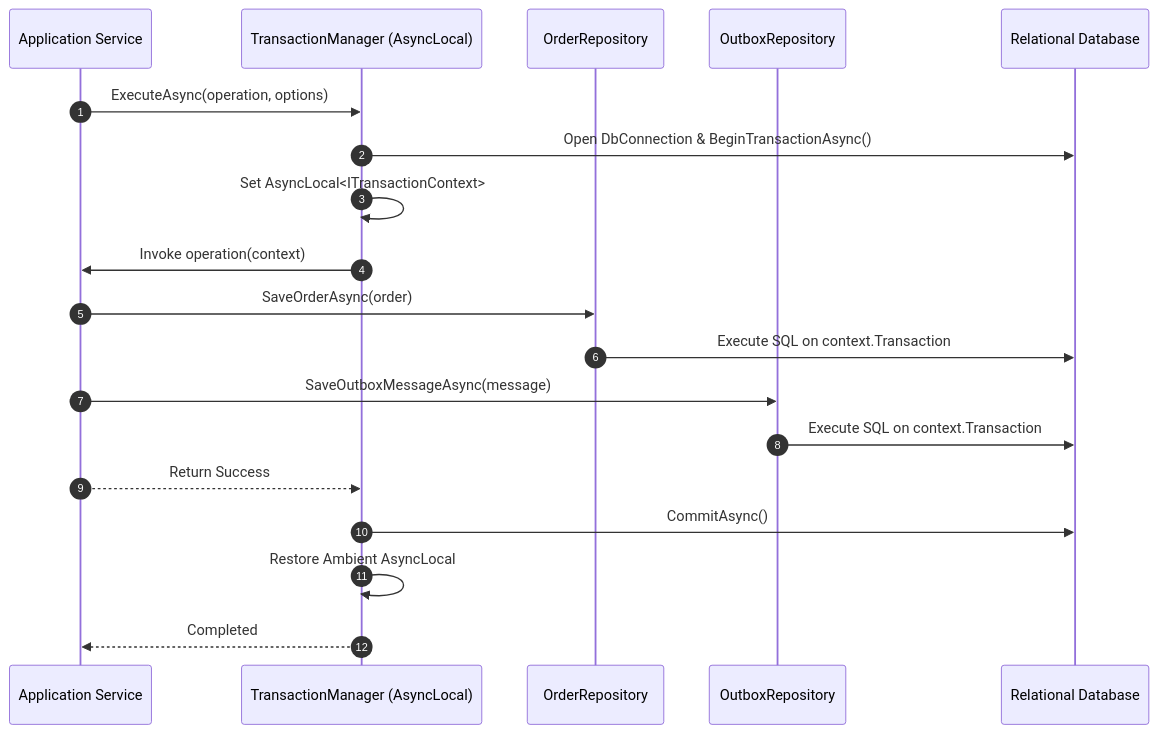
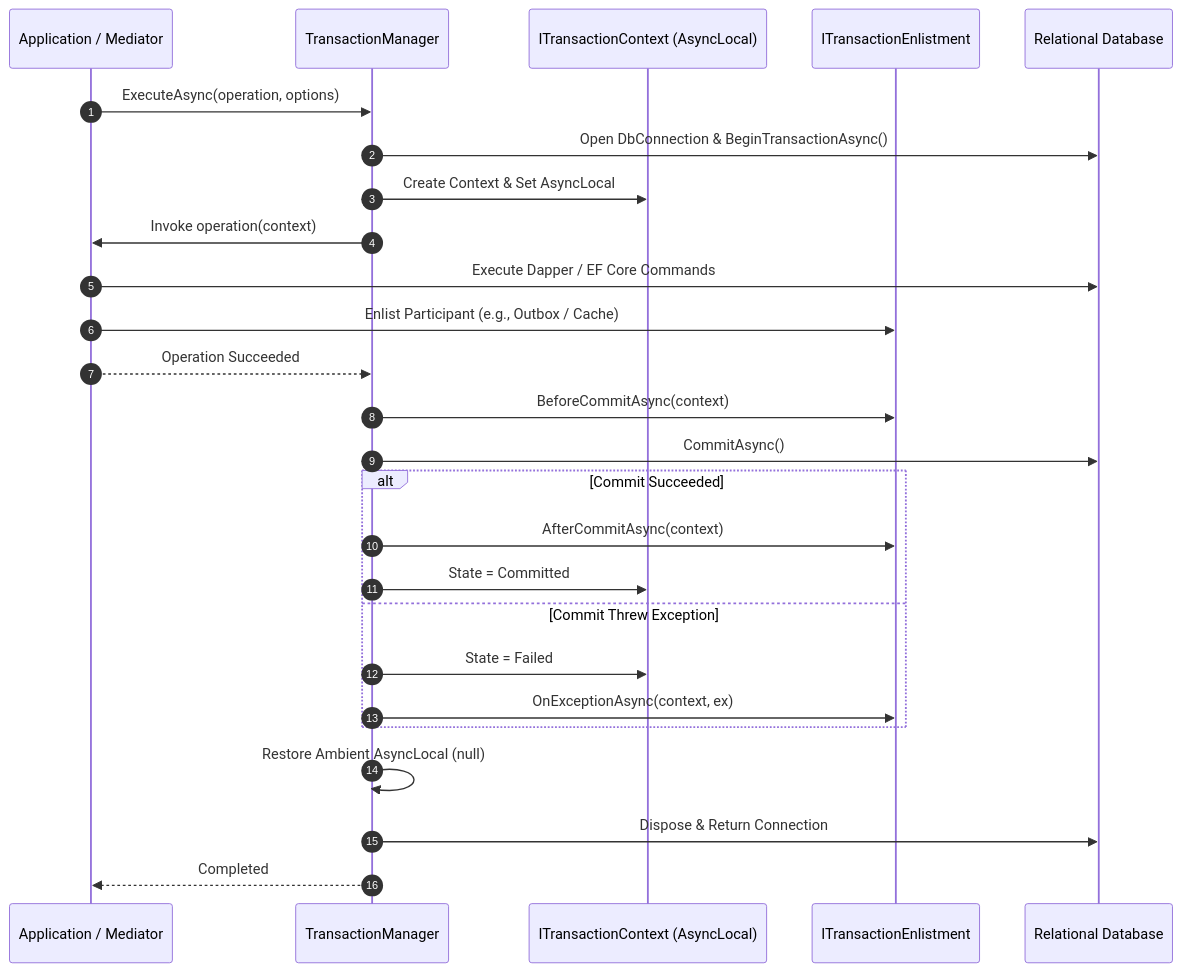
The fourth of 7 diagrams in docs/architecture.md (ericksonlopezf/dotnet-transaction), drawn with Mermaid before and after one commit. The commit also changed other lines of this file and 181 other files, not shown here.

````diff
--- a/docs/architecture.md
+++ b/docs/architecture.md
@@ -122,25 +181,33 @@
 ```mermaid
 sequenceDiagram
     autonumber
-    participant App as Application Service
-    participant TM as TransactionManager (AsyncLocal)
-    participant Repo1 as OrderRepository
-    participant Repo2 as OutboxRepository
+    participant App as Application / Mediator
+    participant TM as TransactionManager
+    participant Ctx as ITransactionContext (AsyncLocal)
+    participant Enlist as ITransactionEnlistment
     participant DB as Relational Database
 
     App->>TM: ExecuteAsync(operation, options)
     TM->>DB: Open DbConnection & BeginTransactionAsync()
-    TM->>TM: Set AsyncLocal<ITransactionContext>
+    TM->>Ctx: Create Context & Set AsyncLocal
     TM->>App: Invoke operation(context)
     
-    App->>Repo1: SaveOrderAsync(order)
-    Repo1->>DB: Execute SQL on context.Transaction
+    App->>DB: Execute Dapper / EF Core Commands
+    App->>Enlist: Enlist Participant (e.g., Outbox / Cache)
     
-    App->>Repo2: SaveOutboxMessageAsync(message)
-    Repo2->>DB: Execute SQL on context.Transaction
+    App-->>TM: Operation Succeeded
+    TM->>Enlist: BeforeCommitAsync(context)
+    TM->>DB: CommitAsync()
     
-    App-->>TM: Return Success
-    TM->>DB: CommitAsync()
-    TM->>TM: Restore Ambient AsyncLocal
+    alt Commit Succeeded
+        TM->>Enlist: AfterCommitAsync(context)
+        TM->>Ctx: State = Committed
+    else Commit Threw Exception
+        TM->>Ctx: State = Failed
+        TM->>Enlist: OnExceptionAsync(context, ex)
+    end
+    
+    TM->>TM: Restore Ambient AsyncLocal (null)
+    TM->>DB: Dispose & Return Connection
     TM-->>App: Completed
 ```
````
